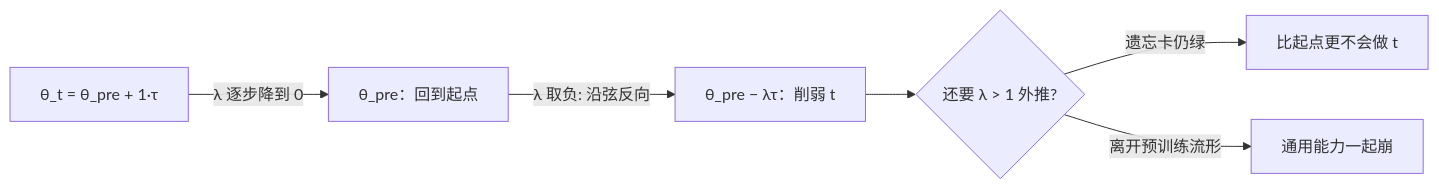
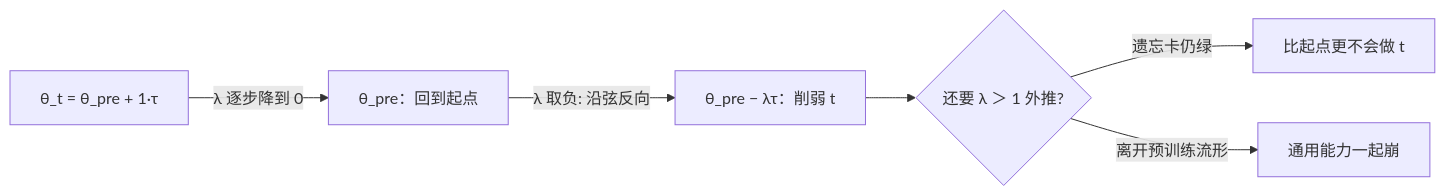
One commit to xhongduo-tech/xhongduo-tech.github.io changed the second of 2 diagrams in docs/llm/negative-task-vector.md. Above: the diagram before and after it, drawn with Mermaid. The commit also changed 291 other files, not shown here.

Commit message:
Normalize lesson titles to tree names and repair mermaid arrow/quote syntax site-wide.

````diff
--- a/docs/llm/negative-task-vector.md
+++ b/docs/llm/negative-task-vector.md
@@ -50,8 +50,8 @@
 ```mermaid
 flowchart LR
   T["θ_t = θ_pre + 1·τ"] -->|"λ 逐步降到 0"| MID["θ_pre：回到起点"]
   MID -->|"λ 取负: 沿弦反向"| NEG["θ_pre − λτ：削弱 t"]
-  NEG --> EXT{"还要 λ > 1 外推?"}
+  NEG --> EXT{"还要 λ ＞ 1 外推?"}
   EXT -->|"遗忘卡仍绿"| OK["比起点更不会做 t"]
   EXT -->|"离开预训练流形"| BAD["通用能力一起崩"]
 ```
````
